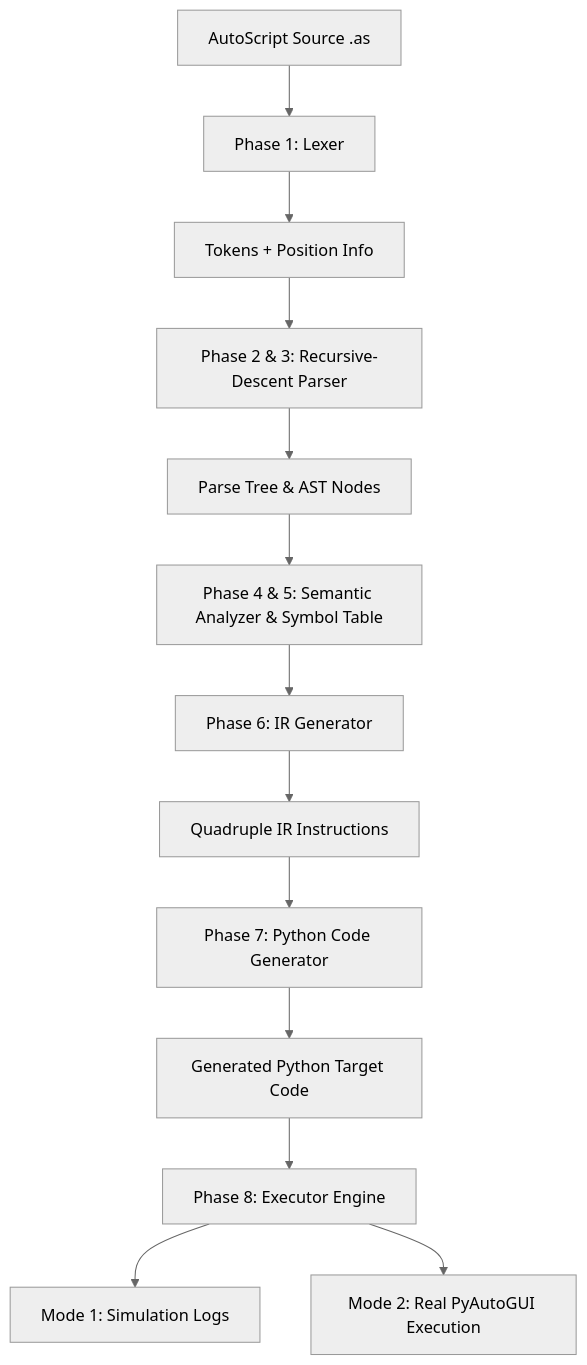
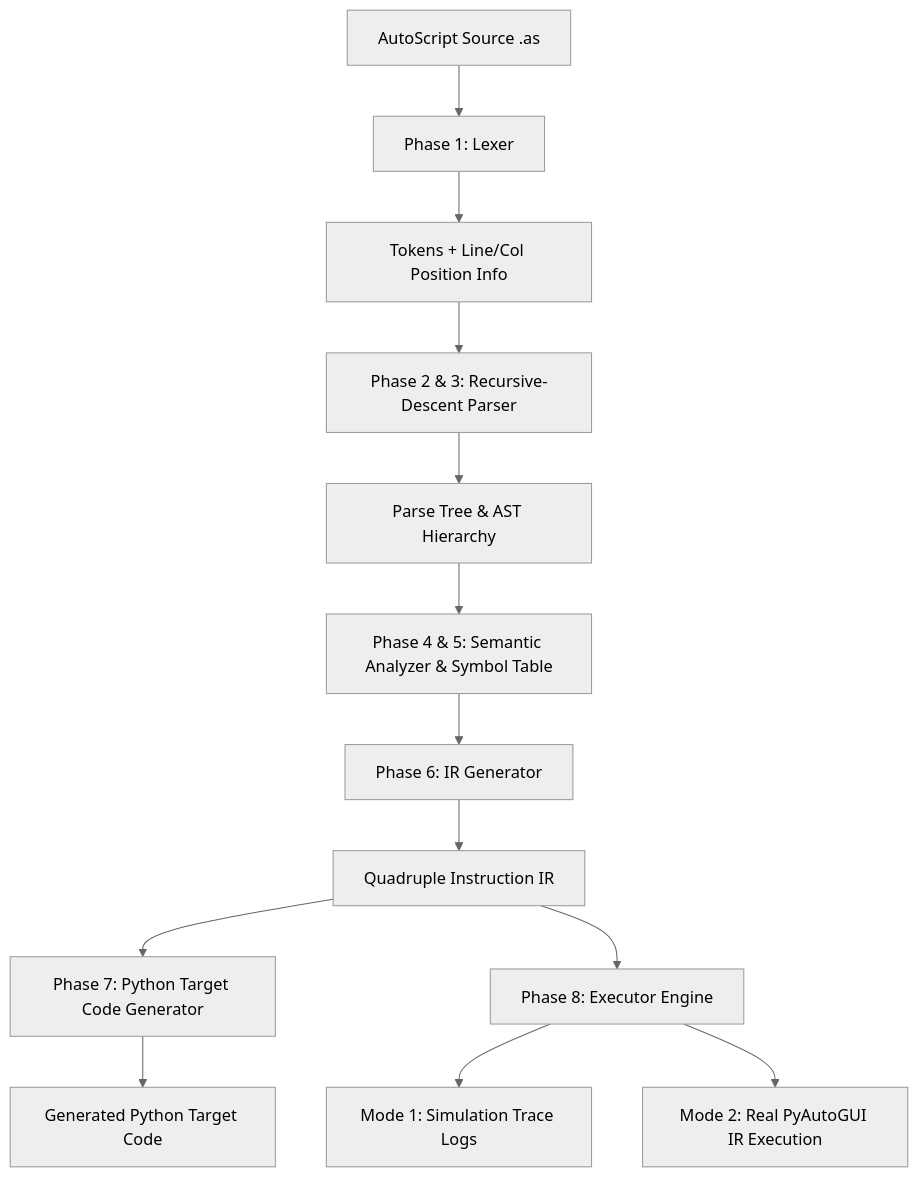
One commit to keshavjayaprakash2006-hash/Automation-website changed the diagram in README.md. Above: the diagram before and after it, drawn with Mermaid (neutral theme). The commit also changed other lines of this file and 11 other files, not shown here.

````diff
--- a/README.md
+++ b/README.md
@@ -25,15 +25,15 @@
 ```mermaid
 flowchart TD
     A[AutoScript Source .as] --> B[Phase 1: Lexer]
-    B --> C[Tokens + Position Info]
+    B --> C[Tokens + Line/Col Position Info]
     C --> D[Phase 2 & 3: Recursive-Descent Parser]
-    D --> E[Parse Tree & AST Nodes]
+    D --> E[Parse Tree & AST Hierarchy]
     E --> F[Phase 4 & 5: Semantic Analyzer & Symbol Table]
     F --> G[Phase 6: IR Generator]
-    G --> H[Quadruple IR Instructions]
-    H --> I[Phase 7: Python Code Generator]
+    G --> H[Quadruple Instruction IR]
+    H --> I[Phase 7: Python Target Code Generator]
     I --> J[Generated Python Target Code]
-    J --> K[Phase 8: Executor Engine]
-    K --> L[Mode 1: Simulation Logs]
-    K --> M[Mode 2: Real PyAutoGUI Execution]
+    H --> K[Phase 8: Executor Engine]
+    K --> L[Mode 1: Simulation Trace Logs]
+    K --> M[Mode 2: Real PyAutoGUI IR Execution]
 ```
````
